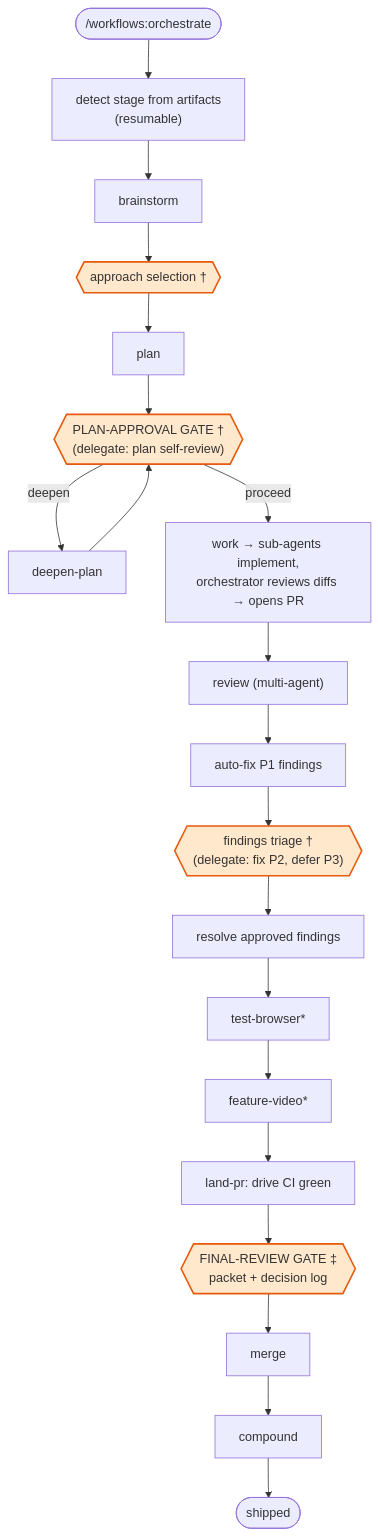
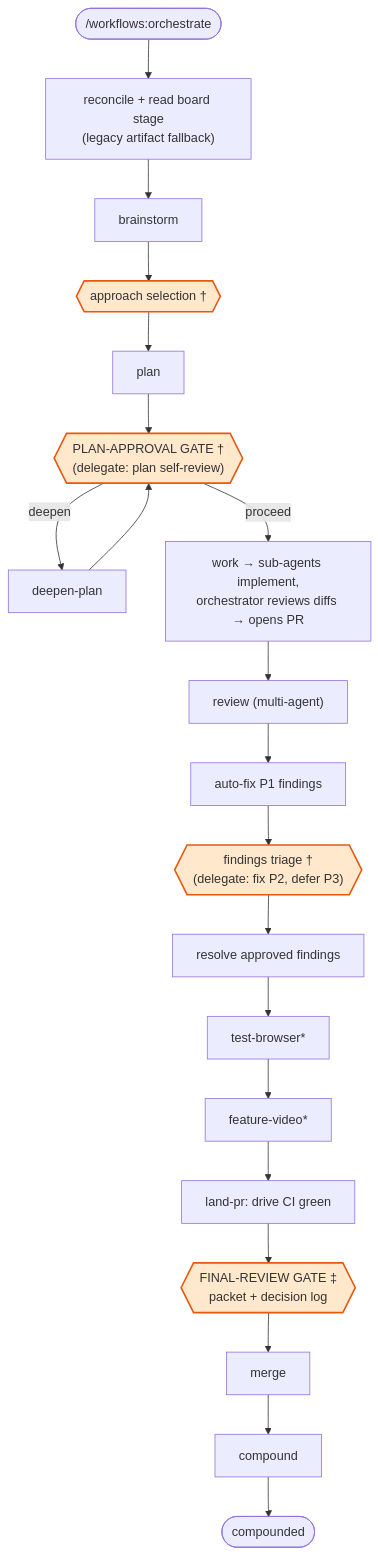
Before and after one commit to Life-With-Data/agentic-engineering: the third of 11 diagrams in plugins/agentic-engineering/FLOWS.md, drawn with Mermaid. The commit also changed other lines of this file and 51 other files, not shown here.

````diff
--- a/plugins/agentic-engineering/FLOWS.md
+++ b/plugins/agentic-engineering/FLOWS.md
@@ -48,25 +117,25 @@
 ```mermaid
 flowchart TD
-    start(["/workflows:orchestrate"]) --> detect["detect stage from artifacts<br/>(resumable)"]
+    start(["/workflows:orchestrate"]) --> detect["reconcile + read board stage<br/>(legacy artifact fallback)"]
     detect --> B["brainstorm"]
     B --> g1{{"approach selection †"}}
     g1 --> P["plan"]
     P --> gate{{"PLAN-APPROVAL GATE †<br/>(delegate: plan self-review)"}}
     gate -->|deepen| DP["deepen-plan"]
     DP --> gate
     gate -->|proceed| W["work → sub-agents implement,<br/>orchestrator reviews diffs → opens PR"]
     W --> R["review (multi-agent)"]
     R --> p1["auto-fix P1 findings"]
     p1 --> g2{{"findings triage †<br/>(delegate: fix P2, defer P3)"}}
     g2 --> resolve["resolve approved findings"]
     resolve --> TB["test-browser*"]
     TB --> FV["feature-video*"]
     FV --> L["land-pr: drive CI green"]
     L --> g3{{"FINAL-REVIEW GATE ‡<br/>packet + decision log"}}
     g3 --> M["merge"]
     M --> C["compound"]
-    C --> done([shipped])
+    C --> done([compounded])
 
     classDef gate fill:#ffe8cc,stroke:#e8590c,stroke-width:2px;
     class g1,gate,g2,g3 gate
 ```
````
